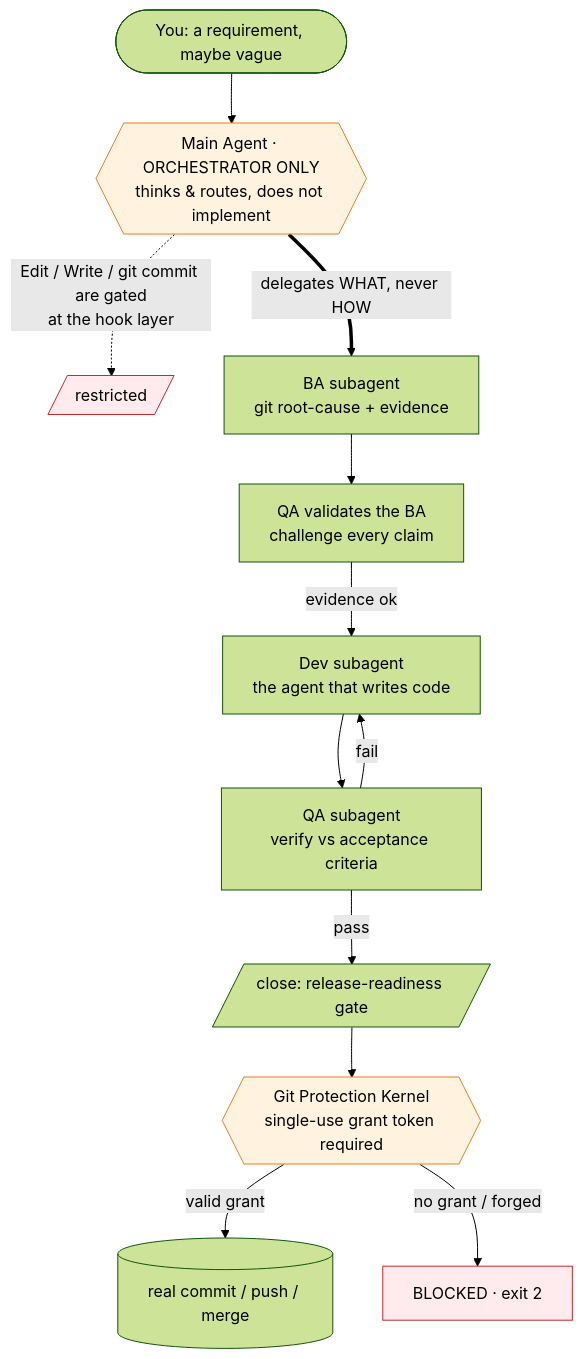
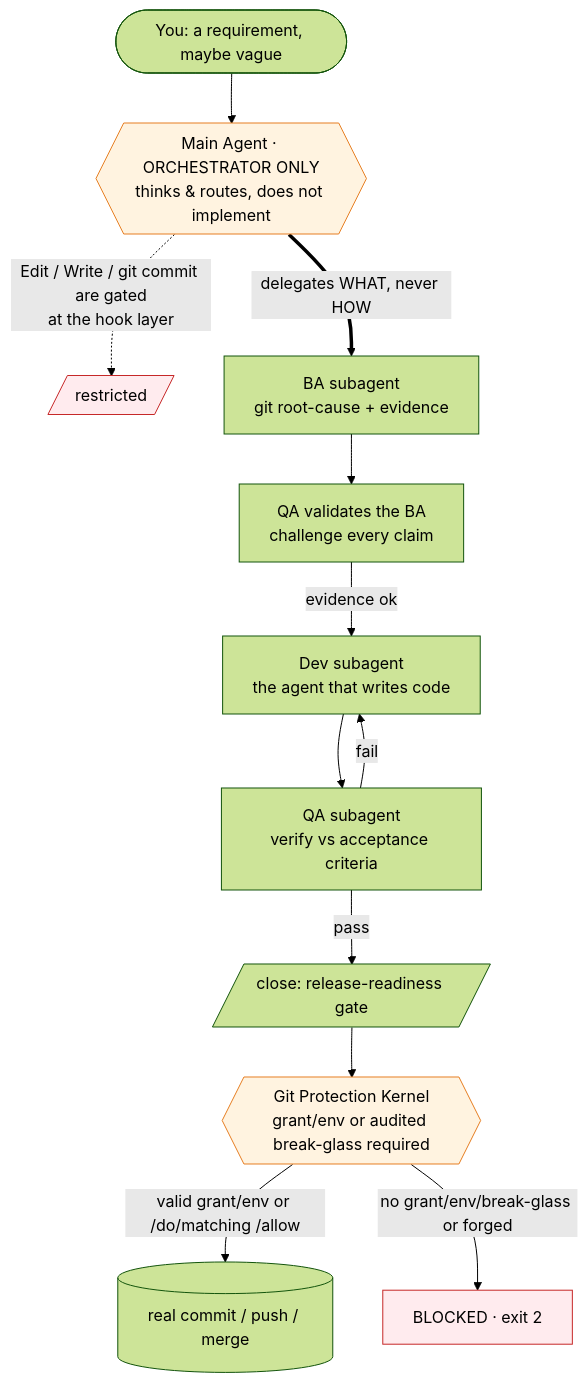
Before and after one commit to Yugoge/awesome-claude-harness: the first of 3 diagrams in README.md, drawn with Mermaid (forest theme). The commit also changed other lines of this file and 9 other files, not shown here.

````diff
--- a/README.md
+++ b/README.md
@@ -44,22 +44,22 @@
 ```mermaid
 flowchart TD
     U([You: a requirement, maybe vague]) --> O{{Main Agent · ORCHESTRATOR ONLY<br/>thinks &amp; routes, does not implement}}
 
     O -. "Edit / Write / git commit are gated<br/>at the hook layer" .-> X[/restricted/]
 
     O ==>|delegates WHAT, never HOW| BA[BA subagent<br/>git root-cause + evidence]
     BA --> QV[QA validates the BA<br/>challenge every claim]
     QV -->|evidence ok| DEV[Dev subagent<br/>the agent that writes code]
     DEV --> QA[QA subagent<br/>verify vs acceptance criteria]
     QA -->|fail| DEV
     QA -->|pass| CLOSE[/close: release-readiness gate/]
 
-    CLOSE --> GATE{{Git Protection Kernel<br/>single-use grant token required}}
-    GATE -->|valid grant| GIT[(real commit / push / merge)]
-    GATE -->|no grant / forged| BLOCK[BLOCKED · exit 2]
+    CLOSE --> GATE{{Git Protection Kernel<br/>grant/env or audited break-glass required}}
+    GATE -->|valid grant/env or /do/matching /allow| GIT[(real commit / push / merge)]
+    GATE -->|no grant/env/break-glass or forged| BLOCK[BLOCKED · exit 2]
 
     classDef restricted fill:#ffebee,stroke:#c62828
     classDef gate fill:#fff3e0,stroke:#e67e22
     class X,BLOCK restricted
     class O,GATE gate
 ```
````
